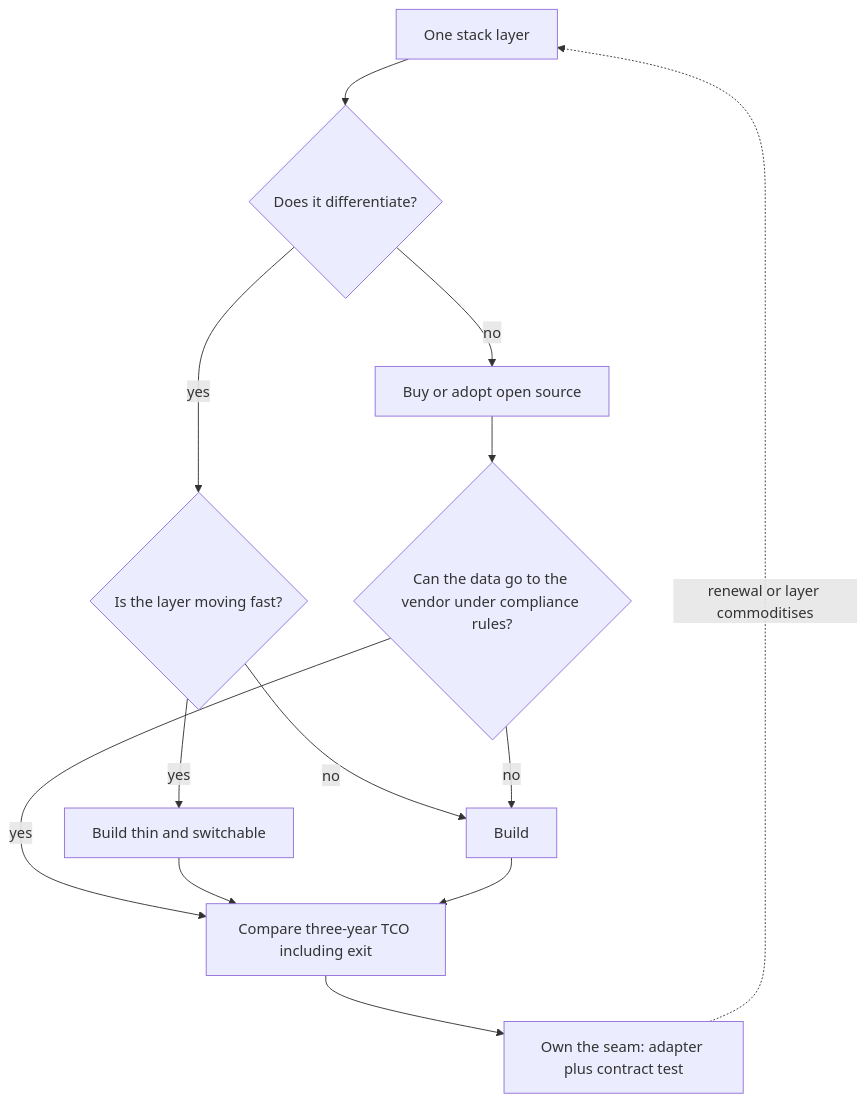
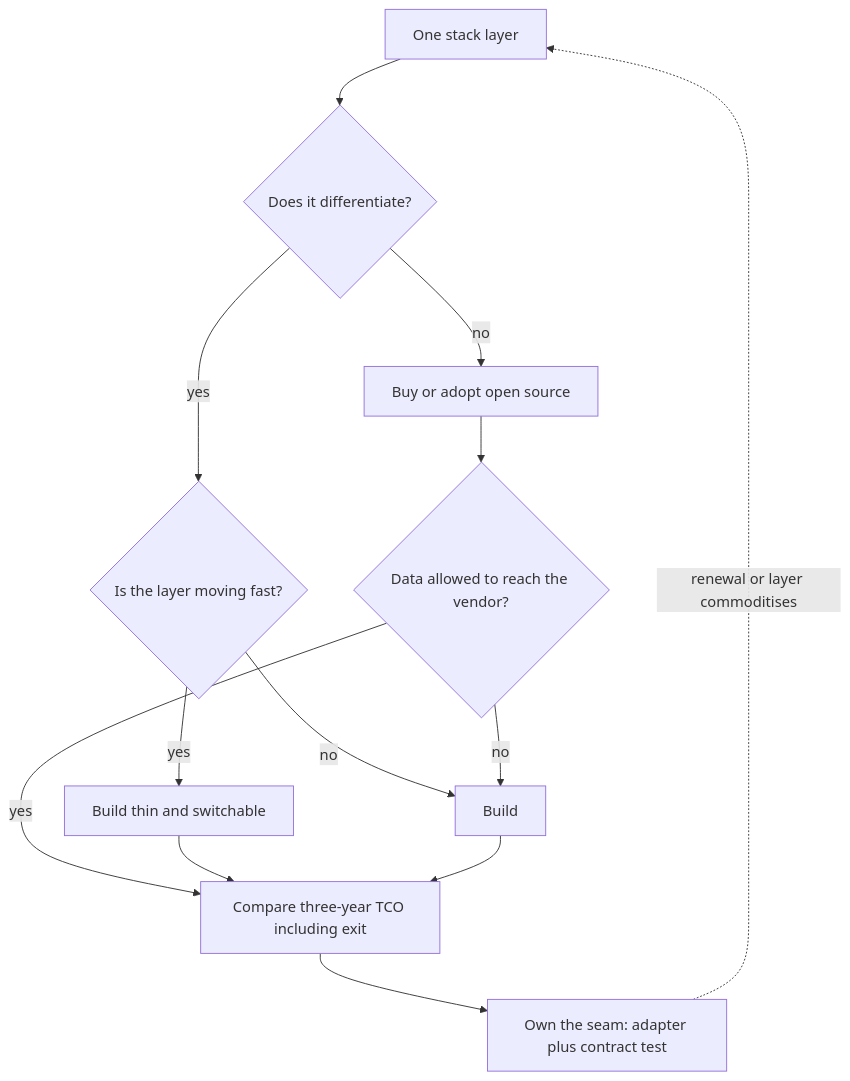
One commit to lovishmahajan97/agentic-learning changed the diagram in content/system-design/build-vs-buy.md. Above: the diagram before and after it, drawn with Mermaid. The commit also changed other lines of this file and 213 other files, not shown here.

````diff
--- a/content/system-design/build-vs-buy.md
+++ b/content/system-design/build-vs-buy.md
@@ -114,15 +114,15 @@
 ```mermaid
 flowchart TD
     L["One stack layer"] --> D{"Does it differentiate?"}
     D -->|"no"| B["Buy or adopt open source"]
     D -->|"yes"| M{"Is the layer moving fast?"}
     M -->|"yes"| TB["Build thin and switchable"]
     M -->|"no"| BU["Build"]
-    B --> C{"Can the data go to the vendor under compliance rules?"}
+    B --> C{"Data allowed to reach the vendor?"}
     C -->|"no"| BU
     C -->|"yes"| T["Compare three-year TCO including exit"]
     TB --> T
     BU --> T
     T --> S["Own the seam: adapter plus contract test"]
     S -.->|"renewal or layer commoditises"| L
 ```
````
